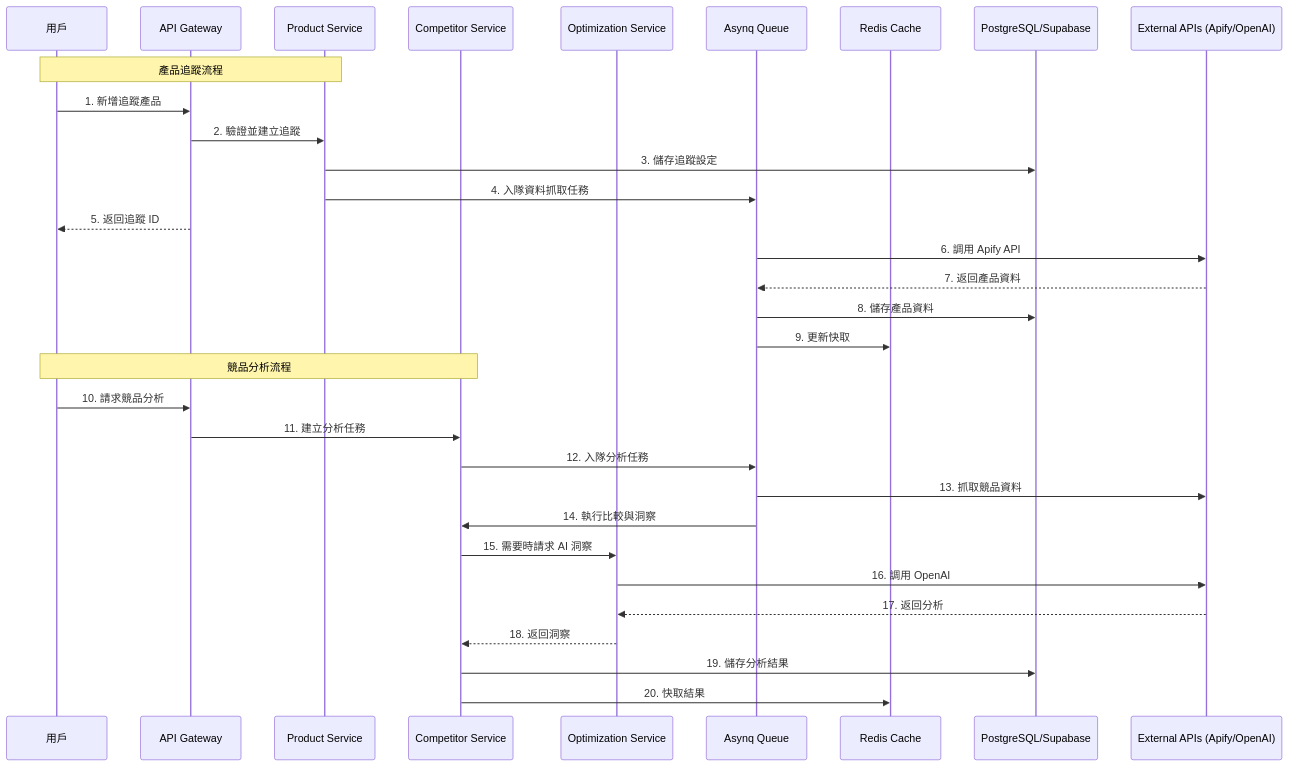
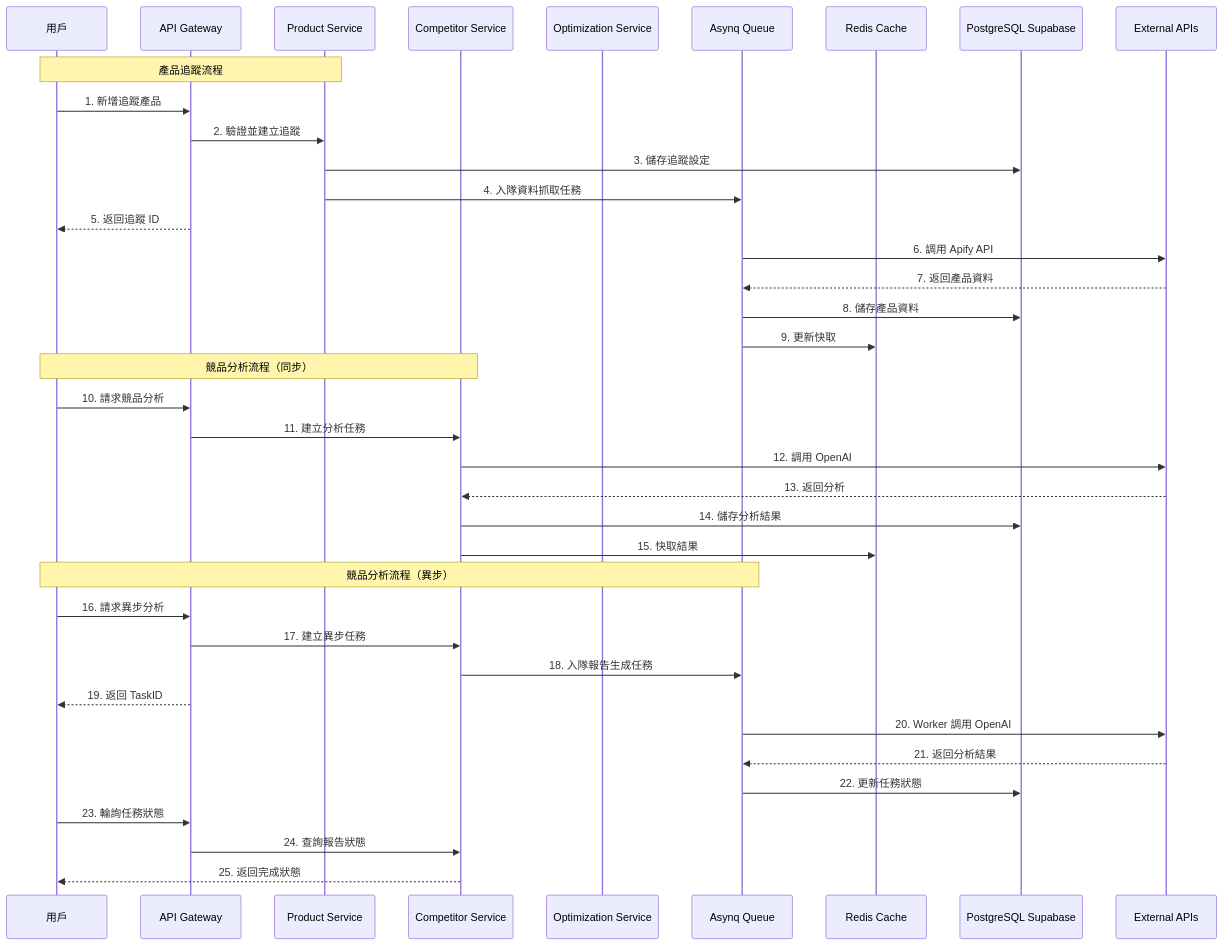
The third of 9 diagrams in ARCHITECTURE_DIAGRAMS.md (yangyao/amazon-pilot), drawn with Mermaid before and after one commit. The commit also changed other lines of this file, not shown here.

Commit message:
修复架构图

````diff
--- a/ARCHITECTURE_DIAGRAMS.md
+++ b/ARCHITECTURE_DIAGRAMS.md
@@ -191,36 +191,43 @@
 ```mermaid
 sequenceDiagram
     participant U as 用戶
     participant AG as API Gateway
     participant PS as Product Service
     participant CS as Competitor Service
     participant OS as Optimization Service
     participant Q as Asynq Queue
     participant C as Redis Cache
-    participant DB as PostgreSQL/Supabase
-    participant API as External APIs (Apify/OpenAI)
+    participant DB as PostgreSQL Supabase
+    participant API as External APIs
 
     Note over U,PS: 產品追蹤流程
     U->>AG: 1. 新增追蹤產品
     AG->>PS: 2. 驗證並建立追蹤
     PS->>DB: 3. 儲存追蹤設定
     PS->>Q: 4. 入隊資料抓取任務
     AG-->>U: 5. 返回追蹤 ID
     Q->>API: 6. 調用 Apify API
     API-->>Q: 7. 返回產品資料
     Q->>DB: 8. 儲存產品資料
     Q->>C: 9. 更新快取
 
-    Note over U,CS: 競品分析流程
+    Note over U,CS: 競品分析流程（同步）
     U->>AG: 10. 請求競品分析
     AG->>CS: 11. 建立分析任務
-    CS->>Q: 12. 入隊分析任務
-    Q->>API: 13. 抓取競品資料
-    Q->>CS: 14. 執行比較與洞察
-    CS->>OS: 15. 需要時請求 AI 洞察
-    OS->>API: 16. 調用 OpenAI
-    API-->>OS: 17. 返回分析
-    OS-->>CS: 18. 返回洞察
-    CS->>DB: 19. 儲存分析結果
-    CS->>C: 20. 快取結果
+    CS->>API: 12. 調用 OpenAI
+    API-->>CS: 13. 返回分析
+    CS->>DB: 14. 儲存分析結果
+    CS->>C: 15. 快取結果
+
+    Note over U,Q: 競品分析流程（異步）
+    U->>AG: 16. 請求異步分析
+    AG->>CS: 17. 建立異步任務
+    CS->>Q: 18. 入隊報告生成任務
+    AG-->>U: 19. 返回 TaskID
+    Q->>API: 20. Worker 調用 OpenAI
+    API-->>Q: 21. 返回分析結果
+    Q->>DB: 22. 更新任務狀態
+    U->>AG: 23. 輪詢任務狀態
+    AG->>CS: 24. 查詢報告狀態
+    CS-->>U: 25. 返回完成狀態
 ```
````
